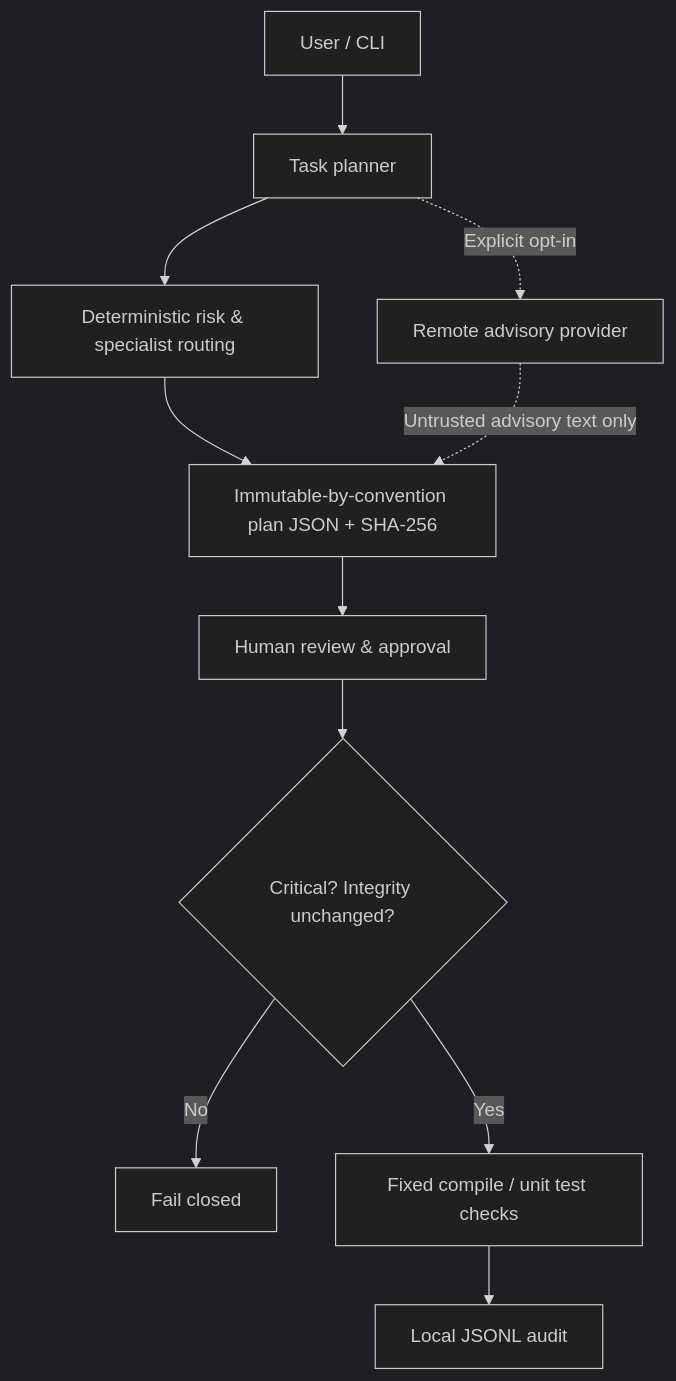
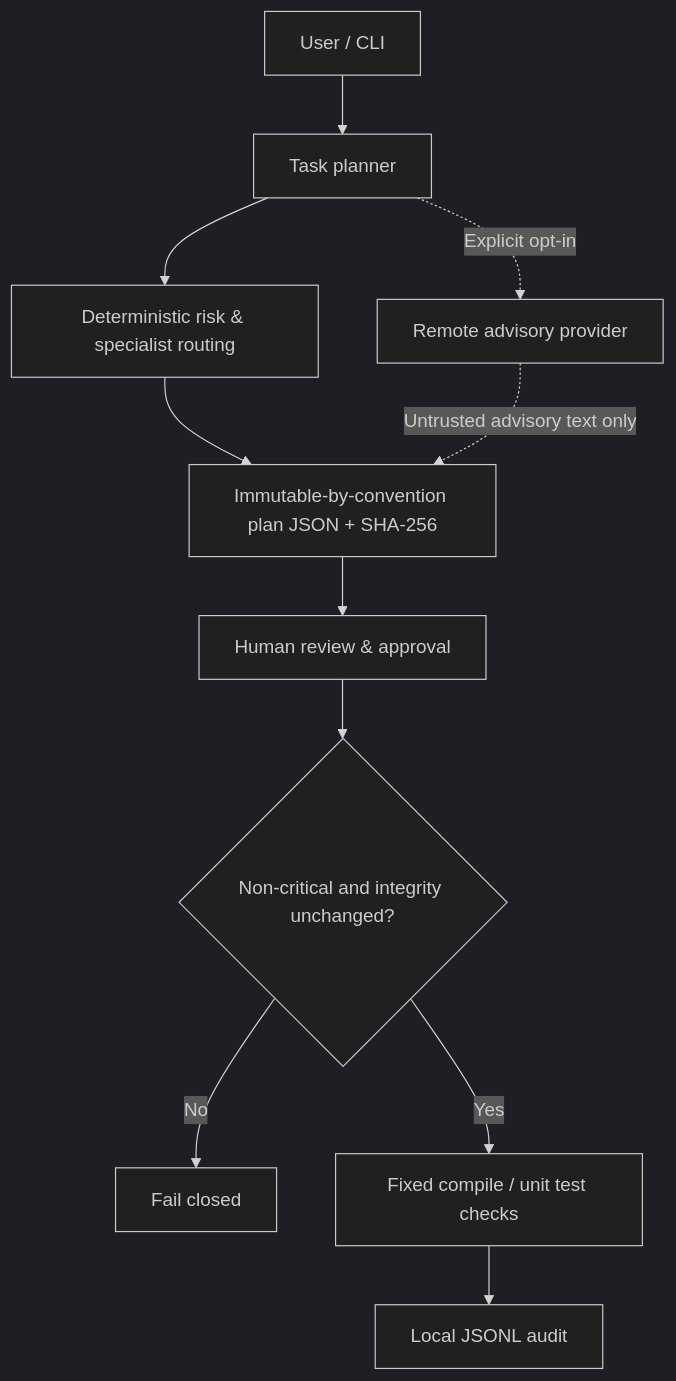
One commit to herculespt/euromind-safeops changed the diagram in docs/ARCHITECTURE.md. Above: the diagram before and after it, drawn with Mermaid (dark theme). The commit also changed other lines of this file and 10 other files, not shown here.

````diff
--- a/docs/ARCHITECTURE.md
+++ b/docs/ARCHITECTURE.md
@@ -5,13 +5,13 @@
 ```mermaid
 flowchart TD
   U[User / CLI] --> P[Task planner]
   P --> R[Deterministic risk & specialist routing]
   P -. Explicit opt-in .-> A[Remote advisory provider]
   R --> D[Immutable-by-convention plan JSON + SHA-256]
   A -. Untrusted advisory text only .-> D
   D --> H[Human review & approval]
-  H --> G{Critical? Integrity unchanged?}
+  H --> G{Non-critical and integrity unchanged?}
   G -->|No| X[Fail closed]
   G -->|Yes| E[Fixed compile / unit test checks]
   E --> L[Local JSONL audit]
 ```
````
